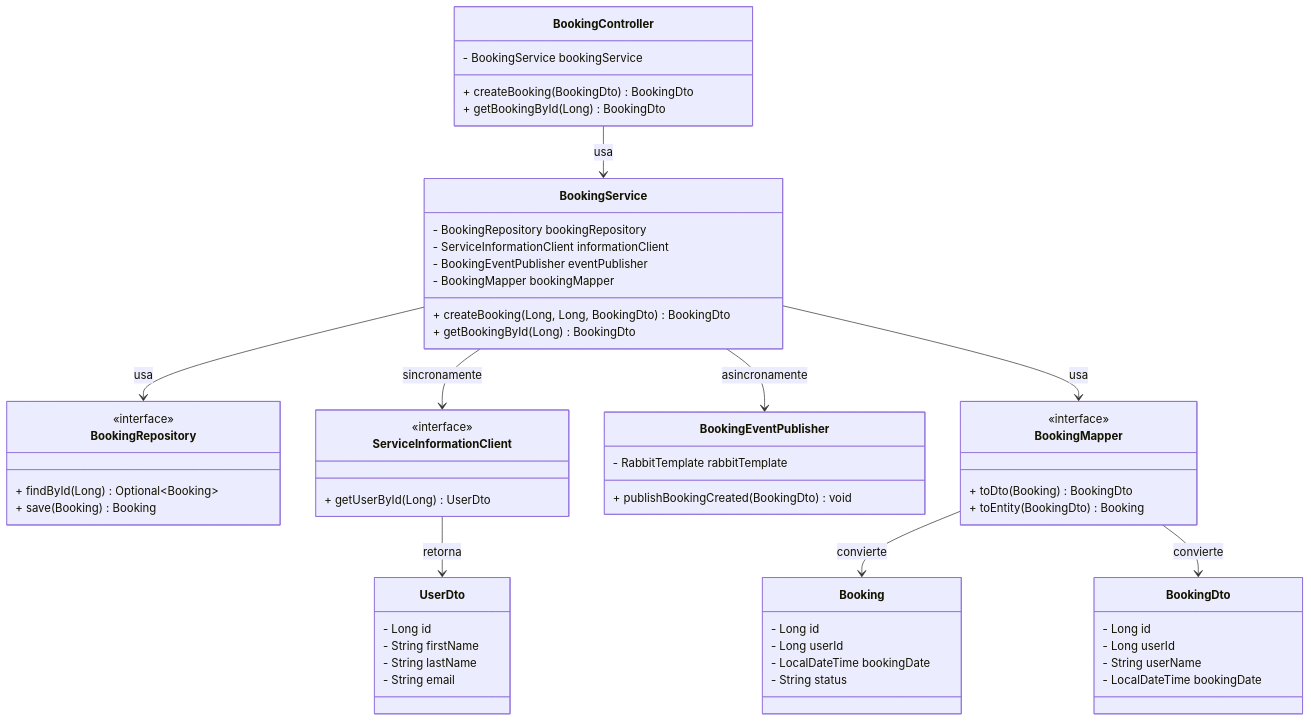
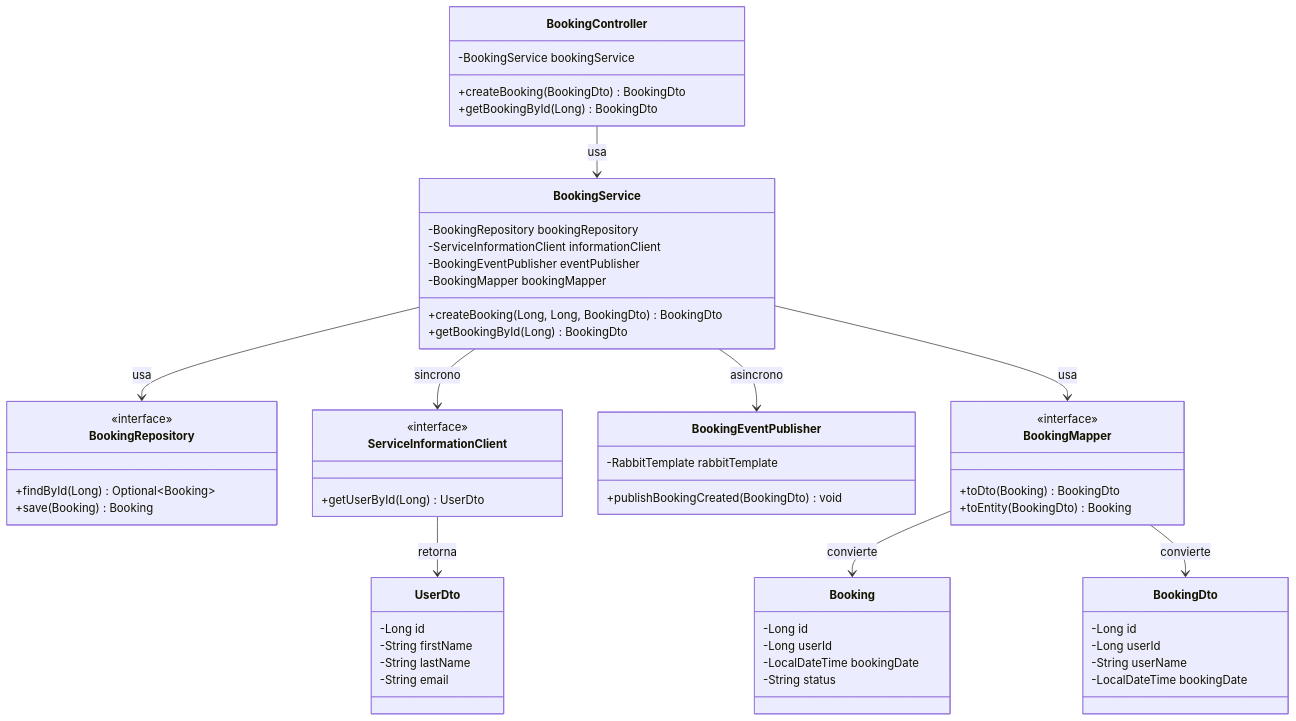
One commit to arielhurtado/springbootexamples changed the fifth of 7 diagrams in BokingGymNewVersion/architecture.md. Above: the diagram before and after it, drawn with Mermaid. The commit also changed other lines of this file, not shown here.

First line of the commit message:
Refactor architecture documentation and code examples

````diff
--- a/BokingGymNewVersion/architecture.md
+++ b/BokingGymNewVersion/architecture.md
@@ -194,69 +185,69 @@
 ```mermaid
 classDiagram
     class BookingController {
-        - BookingService bookingService
-        + createBooking(BookingDto) BookingDto
-        + getBookingById(Long) BookingDto
+        -BookingService bookingService
+        +createBooking(BookingDto) BookingDto
+        +getBookingById(Long) BookingDto
     }
 
     class BookingService {
-        - BookingRepository bookingRepository
-        - ServiceInformationClient informationClient
-        - BookingEventPublisher eventPublisher
-        - BookingMapper bookingMapper
-        + createBooking(Long, Long, BookingDto) BookingDto
-        + getBookingById(Long) BookingDto
+        -BookingRepository bookingRepository
+        -ServiceInformationClient informationClient
+        -BookingEventPublisher eventPublisher
+        -BookingMapper bookingMapper
+        +createBooking(Long, Long, BookingDto) BookingDto
+        +getBookingById(Long) BookingDto
     }
 
     class BookingRepository {
         <<interface>>
-        + findById(Long) Optional~Booking~
-        + save(Booking) Booking
+        +findById(Long) Optional~Booking~
+        +save(Booking) Booking
     }
 
     class ServiceInformationClient {
         <<interface>>
-        + getUserById(Long) UserDto
+        +getUserById(Long) UserDto
     }
 
     class BookingEventPublisher {
-        - RabbitTemplate rabbitTemplate
-        + publishBookingCreated(BookingDto) void
+        -RabbitTemplate rabbitTemplate
+        +publishBookingCreated(BookingDto) void
     }
 
     class BookingMapper {
         <<interface>>
-        + toDto(Booking) BookingDto
-        + toEntity(BookingDto) Booking
+        +toDto(Booking) BookingDto
+        +toEntity(BookingDto) Booking
     }
 
     class Booking {
-        - Long id
-        - Long userId
-        - LocalDateTime bookingDate
-        - String status
+        -Long id
+        -Long userId
+        -LocalDateTime bookingDate
+        -String status
     }
 
     class BookingDto {
-        - Long id
-        - Long userId
-        - String userName
-        - LocalDateTime bookingDate
+        -Long id
+        -Long userId
+        -String userName
+        -LocalDateTime bookingDate
     }
 
     class UserDto {
-        - Long id
-        - String firstName
-        - String lastName
-        - String email
+        -Long id
+        -String firstName
+        -String lastName
+        -String email
     }
 
     BookingController --> BookingService : usa
     BookingService --> BookingRepository : usa
-    BookingService --> ServiceInformationClient : sincronamente
-    BookingService --> BookingEventPublisher : asincronamente
+    BookingService --> ServiceInformationClient : sincrono
+    BookingService --> BookingEventPublisher : asincrono
     BookingService --> BookingMapper : usa
     BookingMapper --> Booking : convierte
     BookingMapper --> BookingDto : convierte
     ServiceInformationClient --> UserDto : retorna
 ```
````
